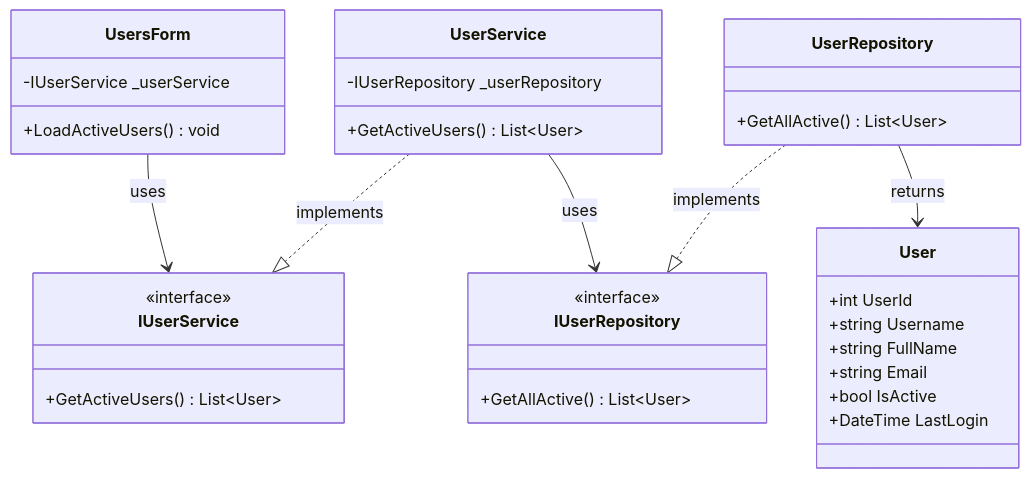
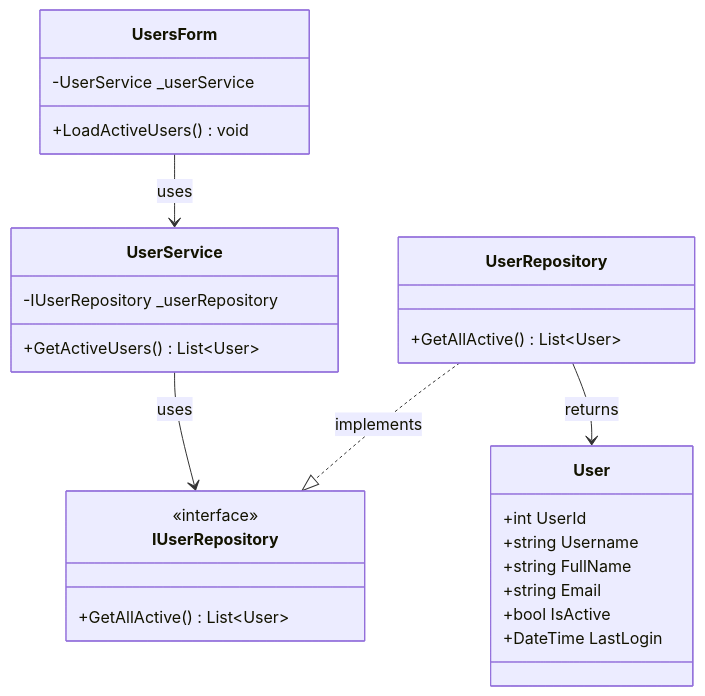
One commit to nahuk86/tp_diploma_nk_2026 changed the ninth of 18 diagrams in Documentation/UML_Diagrams/19_Users_UseCases.md. Above: the diagram before and after it, drawn with Mermaid. The commit also changed other lines of this file and 1 other file, not shown here.

First line of the commit message:
docs: remove non-existent IUserService and IRoleService interface references

````diff
--- a/Documentation/UML_Diagrams/19_Users_UseCases.md
+++ b/Documentation/UML_Diagrams/19_Users_UseCases.md
@@ -410,41 +385,35 @@
 ```mermaid
 classDiagram
     class UsersForm {
-        -IUserService _userService
+        -UserService _userService
         +LoadActiveUsers() void
-    }
-
-    class IUserService {
-        <<interface>>
-        +GetActiveUsers() List~User~
     }
 
     class UserService {
         -IUserRepository _userRepository
         +GetActiveUsers() List~User~
     }
 
     class IUserRepository {
         <<interface>>
         +GetAllActive() List~User~
     }
 
     class UserRepository {
         +GetAllActive() List~User~
     }
 
     class User {
         +int UserId
         +string Username
         +string FullName
         +string Email
         +bool IsActive
         +DateTime LastLogin
     }
 
-    UsersForm --> IUserService : uses
-    UserService ..|> IUserService : implements
+    UsersForm --> UserService : uses
     UserService --> IUserRepository : uses
     UserRepository ..|> IUserRepository : implements
     UserRepository --> User : returns
 ```
````
